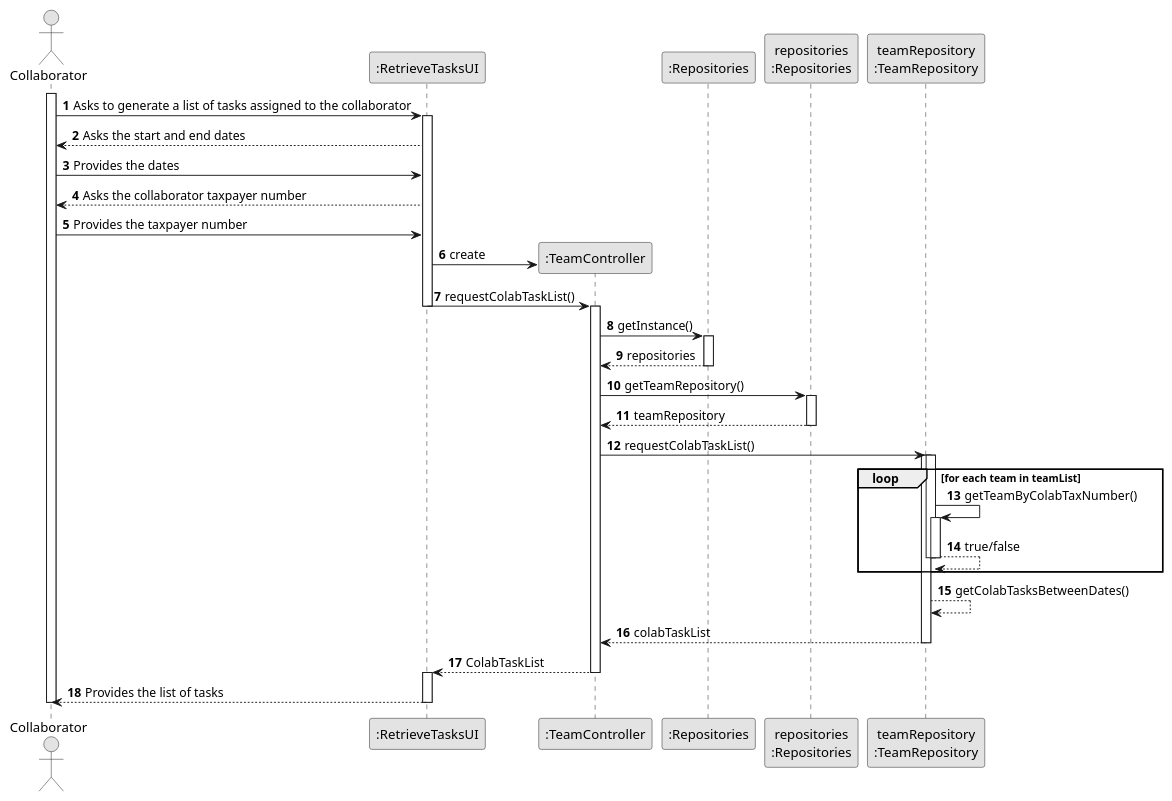
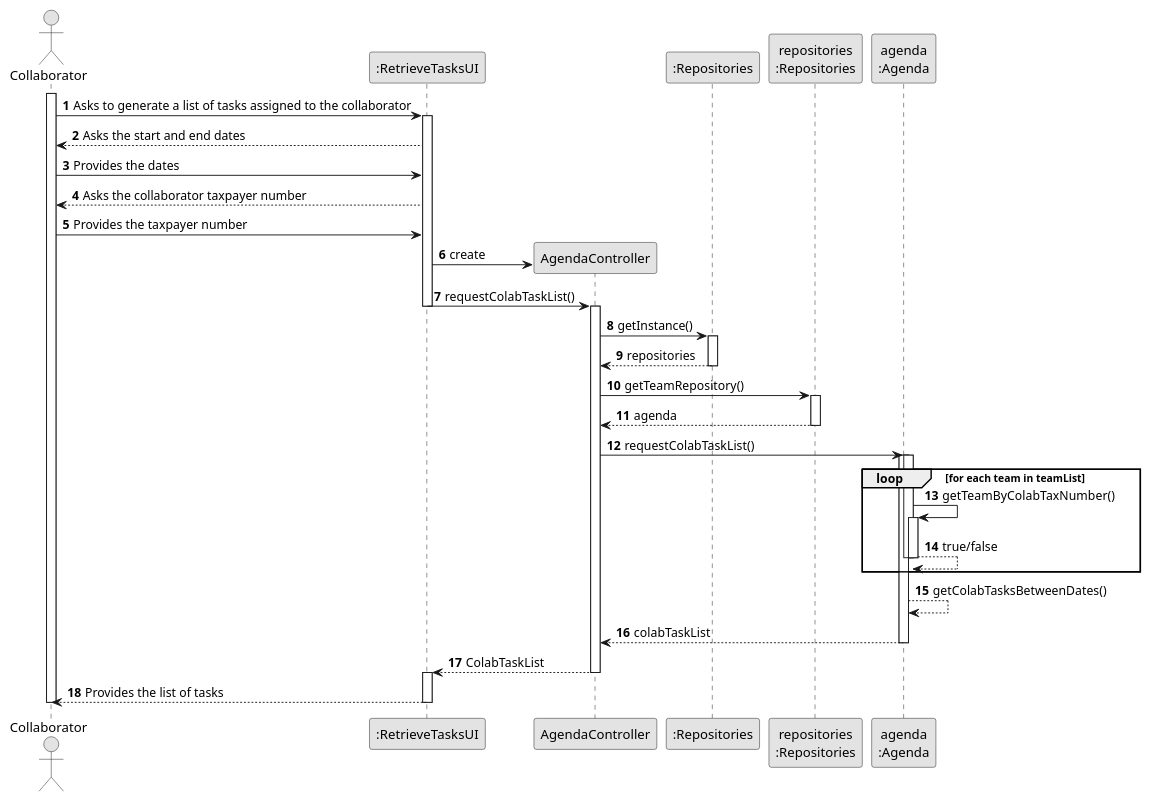
The diagram in docs/sprintC/us028/03.design/puml/us028-sequence-diagram-full.puml (SAEmanuel/Green_Spaces_Management_ISEP), drawn with PlantUML before and after one commit. The commit also changed 10 other files, not shown here.

```diff
--- a/docs/sprintC/us028/03.design/puml/us028-sequence-diagram-full.puml
+++ b/docs/sprintC/us028/03.design/puml/us028-sequence-diagram-full.puml
@@ -1,86 +1,86 @@
 @startuml
 skinparam monochrome true
 skinparam packageStyle rectangle
 skinparam shadowing false
 
 autonumber
 
 actor "Collaborator" as Colab
 
 participant ":RetrieveTasksUI" as UI
-participant ":TeamController" as CTRL
+participant AgendaController as CTRL
 participant ":Repositories" as RepositorySingleton
 participant "repositories\n:Repositories" as PLAT
-participant "teamRepository\n:TeamRepository" as teamRepository
+participant "agenda\n:Agenda" as agenda
 
 activate Colab
 
 Colab -> UI : Asks to generate a list of tasks assigned to the collaborator
 activate UI
 UI --> Colab : Asks the start and end dates
 Colab -> UI : Provides the dates
     UI --> Colab : Asks the collaborator taxpayer number
     Colab -> UI : Provides the taxpayer number
 
 UI -> CTRL** : create
 
 UI -> CTRL : requestColabTaskList()
 
 deactivate UI
 
 activate CTRL
 CTRL -> RepositorySingleton : getInstance()
 activate RepositorySingleton
 
 RepositorySingleton --> CTRL: repositories
 deactivate RepositorySingleton
 
 CTRL -> PLAT : getTeamRepository()
 activate PLAT
 
-PLAT --> CTRL: teamRepository
+PLAT --> CTRL: agenda
 deactivate PLAT
 
-CTRL -> teamRepository : requestColabTaskList()
+CTRL -> agenda : requestColabTaskList()
 
-activate teamRepository
+activate agenda
 
 
 
-activate teamRepository
+activate agenda
 
 loop for each team in teamList
-    teamRepository -> teamRepository : getTeamByColabTaxNumber()
-    activate teamRepository
+    agenda -> agenda : getTeamByColabTaxNumber()
+    activate agenda
 
 
-    teamRepository --> teamRepository : true/false
-    deactivate teamRepository
+    agenda --> agenda : true/false
+    deactivate agenda
 
 
 
-deactivate teamRepository
+deactivate agenda
 end
 
 
 
-    teamRepository --> teamRepository : getColabTasksBetweenDates()
+    agenda --> agenda : getColabTasksBetweenDates()
 
 
 
 
-teamRepository --> CTRL : colabTaskList
-deactivate teamRepository
+agenda --> CTRL : colabTaskList
+deactivate agenda
 
 
 
 CTRL --> UI : ColabTaskList
 deactivate CTRL
 activate UI
 UI --> Colab : Provides the list of tasks
 deactivate UI
 deactivate Colab
 
 deactivate Colab
 
 @enduml
```
